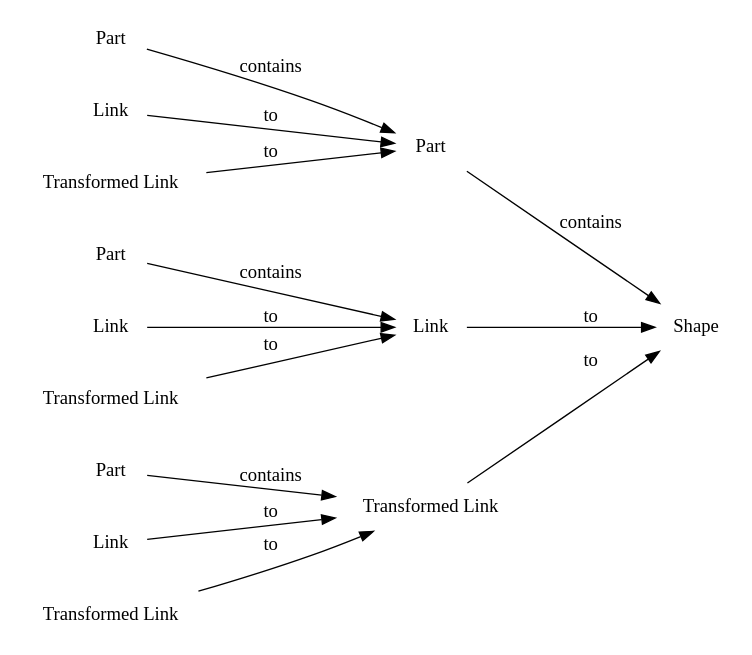
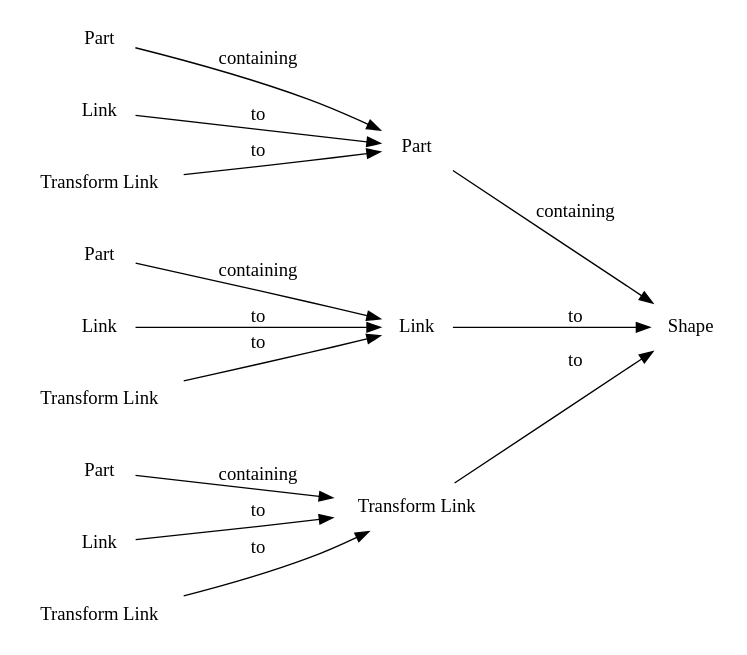
The diagram in combinations.dot (gbroques/freecad-to-obj), drawn with Graphviz before and after one commit. The commit also changed 1 other file, not shown here.

Commit message:
Rename Transformed to Transform
Change contains to containing

```diff
--- a/combinations.dot
+++ b/combinations.dot
@@ -1,38 +1,38 @@
 strict digraph Combinations {
     rankdir="LR"
     node [shape=plaintext]
     1 [label="Shape"]
     
     2 [label="Part"]
     3 [label="Link"]
-    4 [label="Transformed Link"]
+    4 [label="Transform Link"]
 
     5 [label="Part"]
     6 [label="Link"]
-    7 [label="Transformed Link"]
+    7 [label="Transform Link"]
 
     8 [label="Part"]
     9 [label="Link"]
-    10 [label="Transformed Link"]
+    10 [label="Transform Link"]
 
     11 [label="Part"]
     12 [label="Link"]
-    13 [label="Transformed Link"]
+    13 [label="Transform Link"]
 
-    2 -> 1 [label="contains"]
+    2 -> 1 [label="containing"]
     3 -> 1 [label="to"]
     4 -> 1 [label="to"]
 
-    5 -> 2 [label="contains"]
+    5 -> 2 [label="containing"]
     6 -> 2 [label="to"]
     7 -> 2 [label="to"]
 
-    8 -> 3 [label="contains"]
+    8 -> 3 [label="containing"]
     9 -> 3 [label="to"]
     10 -> 3 [label="to"]
 
-    11 -> 4 [label="contains"]
+    11 -> 4 [label="containing"]
     12 -> 4 [label="to"]
     13 -> 4 [label="to"]
 
 }
```
